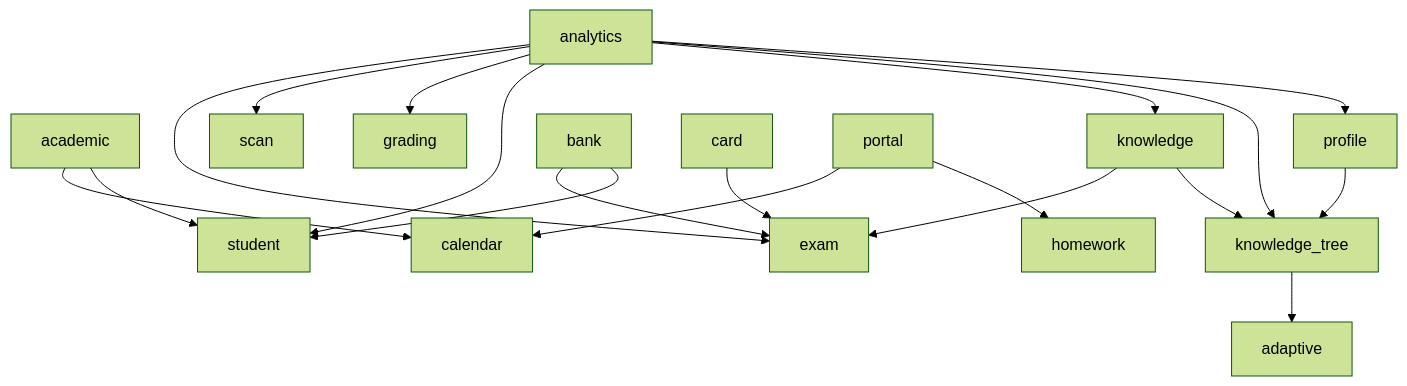
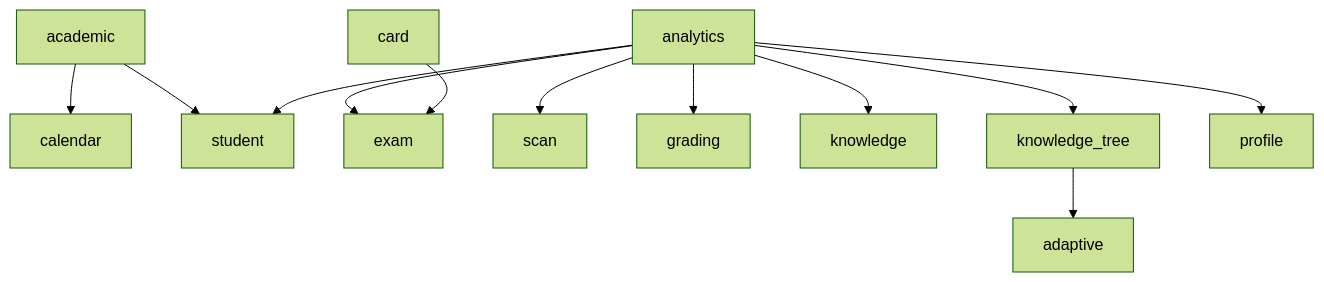
One commit to juanwan99/edu-cloud changed the diagram in docs/governance/dependency-graph.md. Above: the diagram before and after it, drawn with Mermaid (forest theme). The commit also changed 17 other files, not shown here.

````diff
--- a/docs/governance/dependency-graph.md
+++ b/docs/governance/dependency-graph.md
@@ -5,21 +5,14 @@
 ```mermaid
 flowchart TD
   academic --> calendar
   academic --> student
   analytics --> exam
   analytics --> scan
   analytics --> grading
   analytics --> student
   analytics --> knowledge
   analytics --> knowledge_tree
   analytics --> profile
-  bank --> exam
-  bank --> student
   card --> exam
-  knowledge --> exam
-  knowledge --> knowledge_tree
   knowledge_tree --> adaptive
-  portal --> calendar
-  portal --> homework
-  profile --> knowledge_tree
 ```
````
